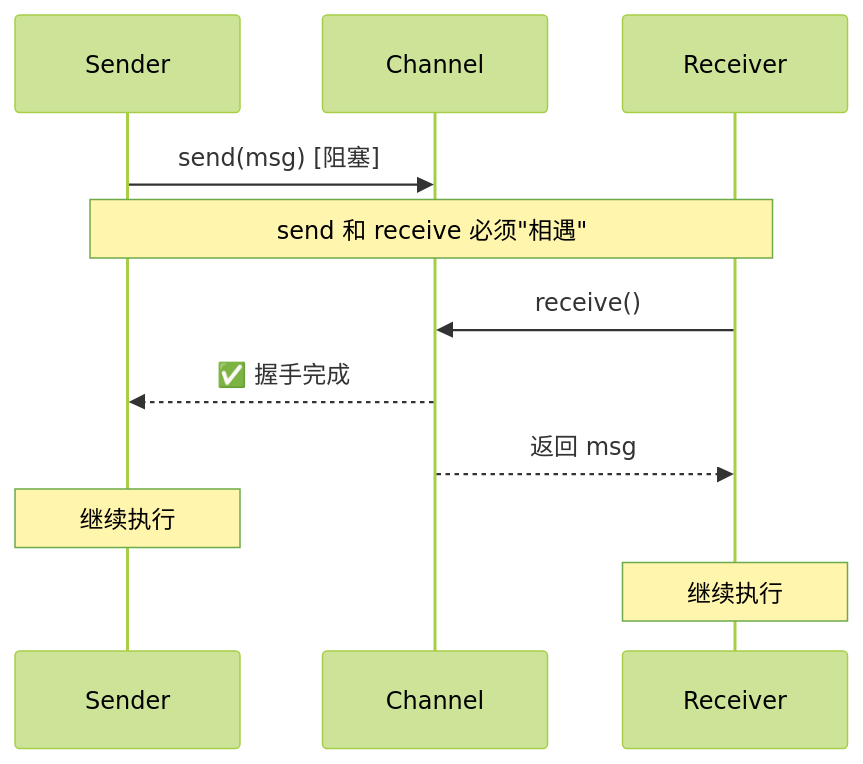
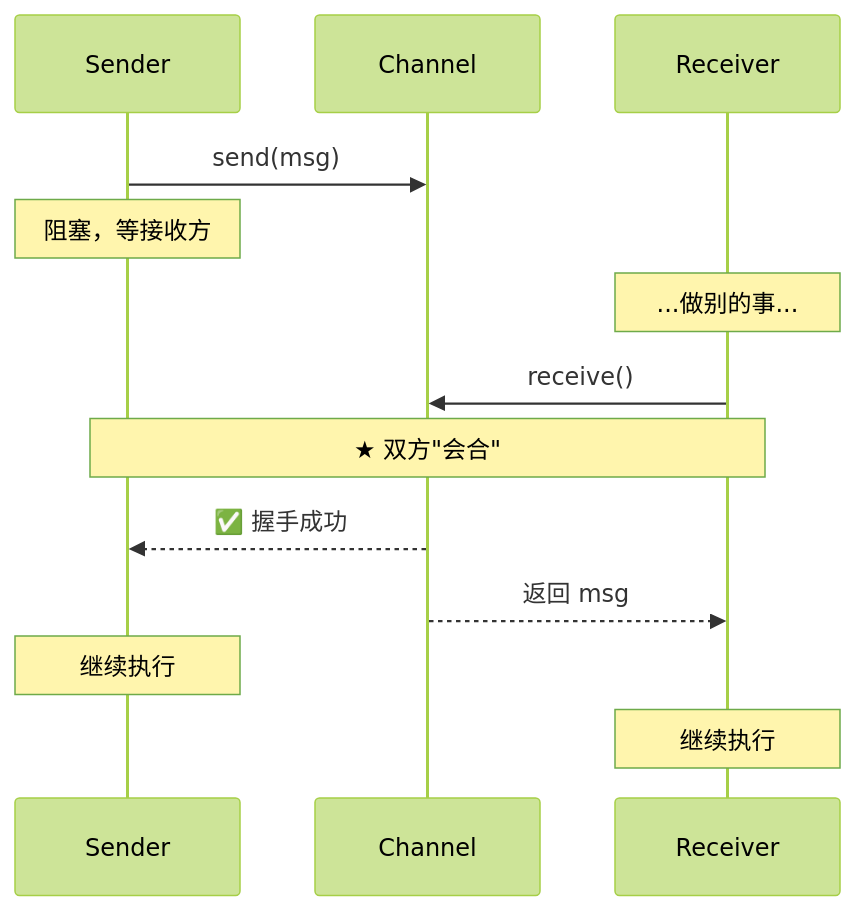
The sixth of 9 diagrams in 00.通用技术的提升/02.程序编程原理/03.第3卷并发之道/3.14.Actor与CSP并发模型.md (chongyang211/YCBookBlog), drawn with Mermaid (forest theme) before and after one commit. The commit also changed other lines of this file and 45 other files, not shown here.

````diff
--- a/00.通用技术的提升/02.程序编程原理/03.第3卷并发之道/3.14.Actor与CSP并发模型.md
+++ b/00.通用技术的提升/02.程序编程原理/03.第3卷并发之道/3.14.Actor与CSP并发模型.md
@@ -270,14 +638,16 @@
 ```mermaid
 sequenceDiagram
     participant S as Sender
     participant C as Channel
     participant R as Receiver
 
-    S->>C: send(msg) [阻塞]
-    Note over S,R: send 和 receive 必须"相遇"
+    S->>C: send(msg)
+    Note over S: 阻塞，等接收方
+    Note over R: ...做别的事...
     R->>C: receive()
-    C-->>S: ✅ 握手完成
+    Note over S,R: ★ 双方"会合"
+    C-->>S: ✅ 握手成功
     C-->>R: 返回 msg
     Note over S: 继续执行
     Note over R: 继续执行
 ```
````
